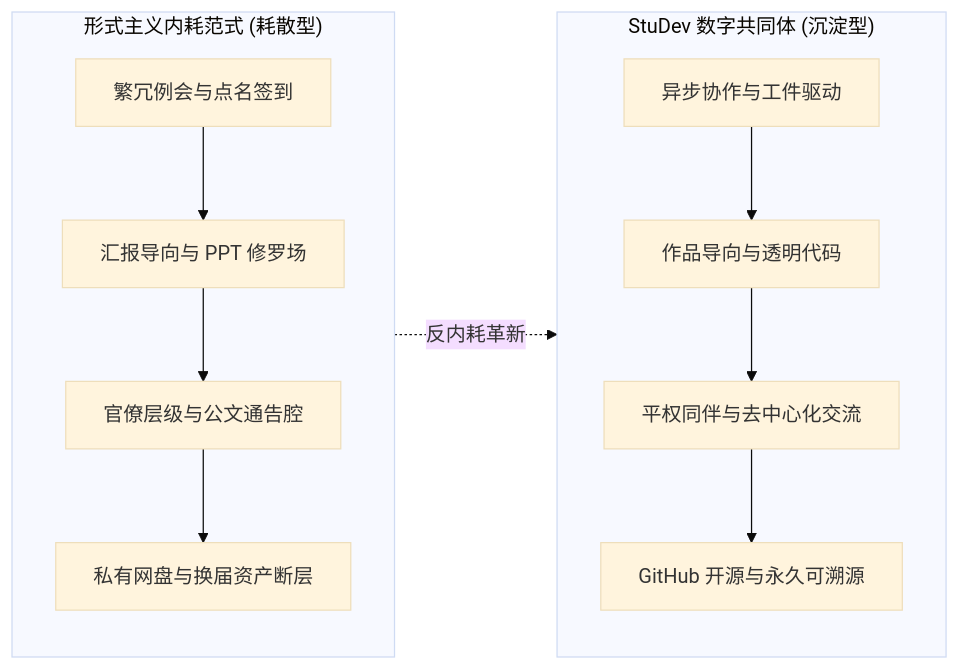
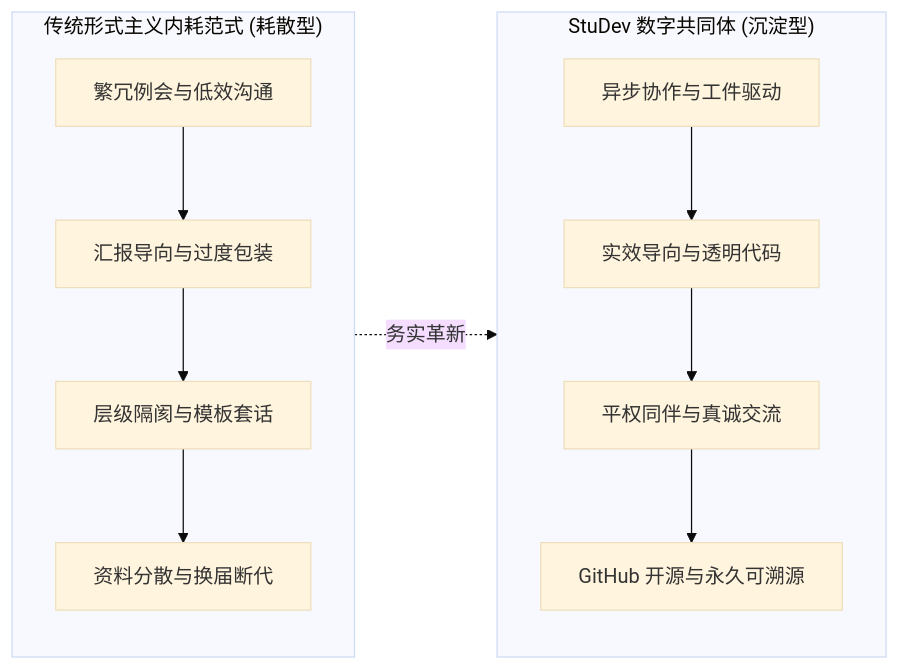
The diagram in src/content/about/anti-formalism-council.md (NJUPT-CS-StuDev/studev), drawn with Mermaid (base theme) before and after one commit. The commit also changed other lines of this file and 7 other files, not shown here.

````diff
--- a/src/content/about/anti-formalism-council.md
+++ b/src/content/about/anti-formalism-council.md
@@ -95,18 +93,18 @@
 ```mermaid
 flowchart LR
-    subgraph Old["形式主义内耗范式 (耗散型)"]
+    subgraph Old["传统形式主义内耗范式 (耗散型)"]
         direction TB
-        O1["繁冗例会与点名签到"] --> O2["汇报导向与 PPT 修罗场"]
-        O2 --> O3["官僚层级与公文通告腔"]
-        O3 --> O4["私有网盘与换届资产断层"]
+        O1["繁冗例会与低效沟通"] --> O2["汇报导向与过度包装"]
+        O2 --> O3["层级隔阂与模板套话"]
+        O3 --> O4["资料分散与换届断代"]
     end
 
     subgraph New["StuDev 数字共同体 (沉淀型)"]
         direction TB
-        N1["异步协作与工件驱动"] --> N2["作品导向与透明代码"]
-        N2 --> N3["平权同伴与去中心化交流"]
+        N1["异步协作与工件驱动"] --> N2["实效导向与透明代码"]
+        N2 --> N3["平权同伴与真诚交流"]
         N3 --> N4["GitHub 开源与永久可溯源"]
     end
 
-    Old -.->|反内耗革新| New
+    Old -.->|务实革新| New
 ```
````
